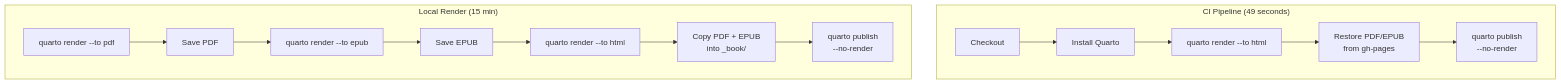
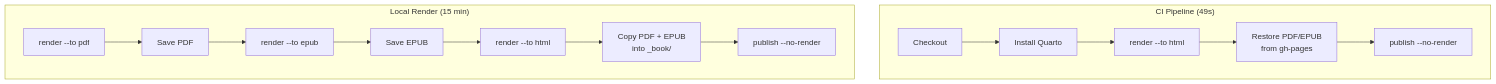
The third of 3 diagrams in case-study-publishing-pipeline.qmd (danielmeppiel/agentic-sdlc-handbook), drawn with Mermaid before and after one commit. The commit also changed other lines of this file and 10 other files, not shown here.

First line of the commit message:
fix: PDF formatting — compact TOC, fix diagrams, table formatting, hooks accuracy

````diff
--- a/case-study-publishing-pipeline.qmd
+++ b/case-study-publishing-pipeline.qmd
@@ -122,23 +120,23 @@
 ```{mermaid}
-%%| fig-width: 5.5
+%%| fig-width: 5.0
 %%| fig-cap: "Final CI/CD architecture: CI pipeline and local render workflow"
 %%| fig-alt: "Flowchart showing two parallel subgraphs. The CI Pipeline (49 seconds) subgraph contains five sequential steps: Checkout, Install Quarto, quarto render to html, Restore PDF and EPUB from gh-pages, and quarto publish with no-render flag. The Local Render (15 minutes) subgraph contains seven sequential steps: quarto render to pdf, Save PDF, quarto render to epub, Save EPUB, quarto render to html, Copy PDF and EPUB into _book directory, and quarto publish with no-render flag. CI optimizes for speed with HTML only while Local optimizes for completeness with all formats."
 %%| label: fig-cs-cicd-architecture
 flowchart TB
-    subgraph CI ["CI Pipeline (49 seconds)"]
+    subgraph CI ["CI Pipeline (49s)"]
         A1["Checkout"] --> A2["Install Quarto"]
-        A2 --> A3["quarto render --to html"]
+        A2 --> A3["render --to html"]
         A3 --> A4["Restore PDF/EPUB<br/>from gh-pages"]
-        A4 --> A5["quarto publish<br/>--no-render"]
+        A4 --> A5["publish --no-render"]
     end
 
     subgraph Local ["Local Render (15 min)"]
-        B1["quarto render --to pdf"] --> B2["Save PDF"]
-        B2 --> B3["quarto render --to epub"]
+        B1["render --to pdf"] --> B2["Save PDF"]
+        B2 --> B3["render --to epub"]
         B3 --> B4["Save EPUB"]
-        B4 --> B5["quarto render --to html"]
+        B4 --> B5["render --to html"]
         B5 --> B6["Copy PDF + EPUB<br/>into _book/"]
-        B6 --> B7["quarto publish<br/>--no-render"]
+        B6 --> B7["publish --no-render"]
     end
 
 ```
````
